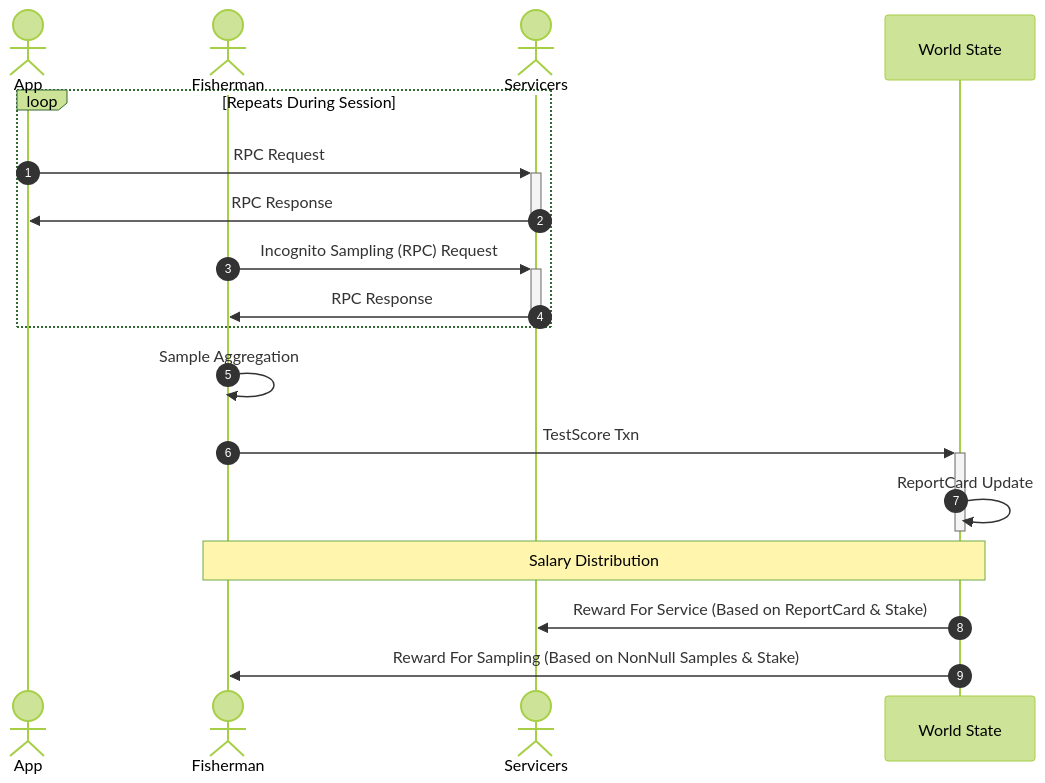
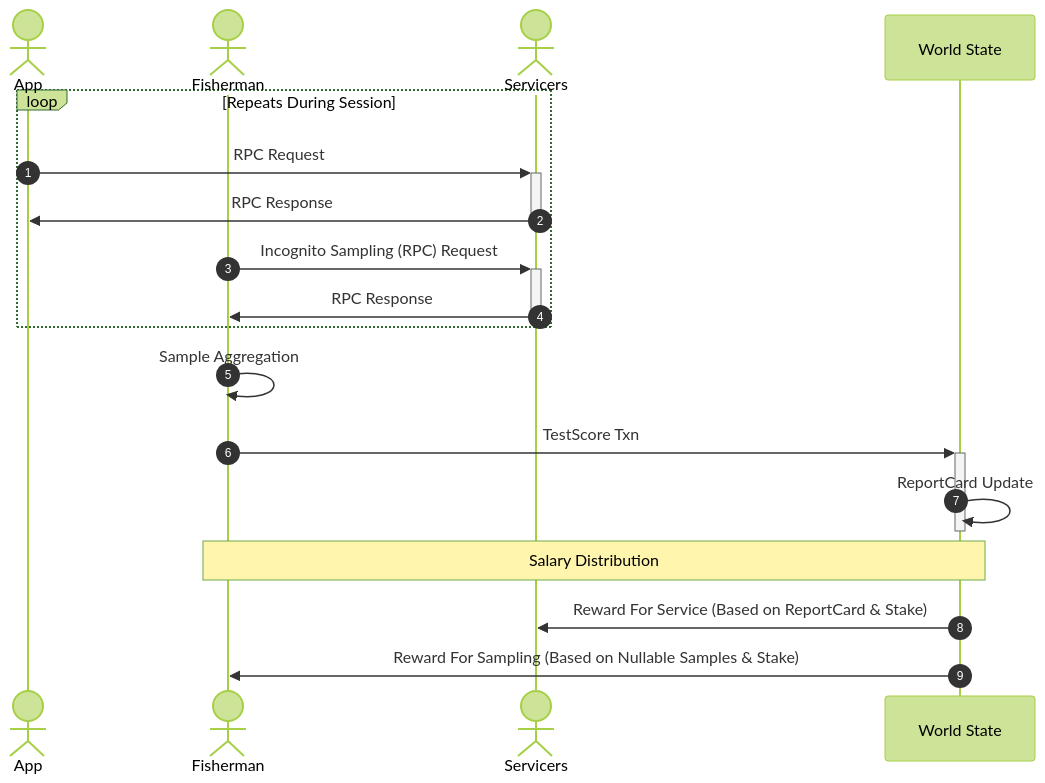
The sixth of 11 diagrams in utility/README.md (pokt-network/pocket-network-protocol), drawn with Mermaid (forest theme) before and after one commit. The commit also changed other lines of this file and 2 other files, not shown here.

````diff
--- a/utility/README.md
+++ b/utility/README.md
@@ -499,23 +515,23 @@
 ```mermaid
 sequenceDiagram
     autonumber
 
     actor App
     actor Fisherman
     actor Servicers
 
     loop Repeats During Session
         App ->> +Servicers: RPC Request
         Servicers ->> -App: RPC Response
         Fisherman ->> +Servicers: Incognito Sampling (RPC) Request
         Servicers ->> -Fisherman: RPC Response
     end
 
     Fisherman ->> Fisherman: Sample Aggregation
     Fisherman ->> +World State: TestScore Txn
     World State ->> -World State: ReportCard Update
 
     Note over Fisherman, World State: Salary Distribution
     World State ->> Servicers: Reward For Service (Based on ReportCard & Stake)
-    World State ->> Fisherman: Reward For Sampling (Based on NonNull Samples & Stake)
+    World State ->> Fisherman: Reward For Sampling (Based on Nullable Samples & Stake)
 ```
````
